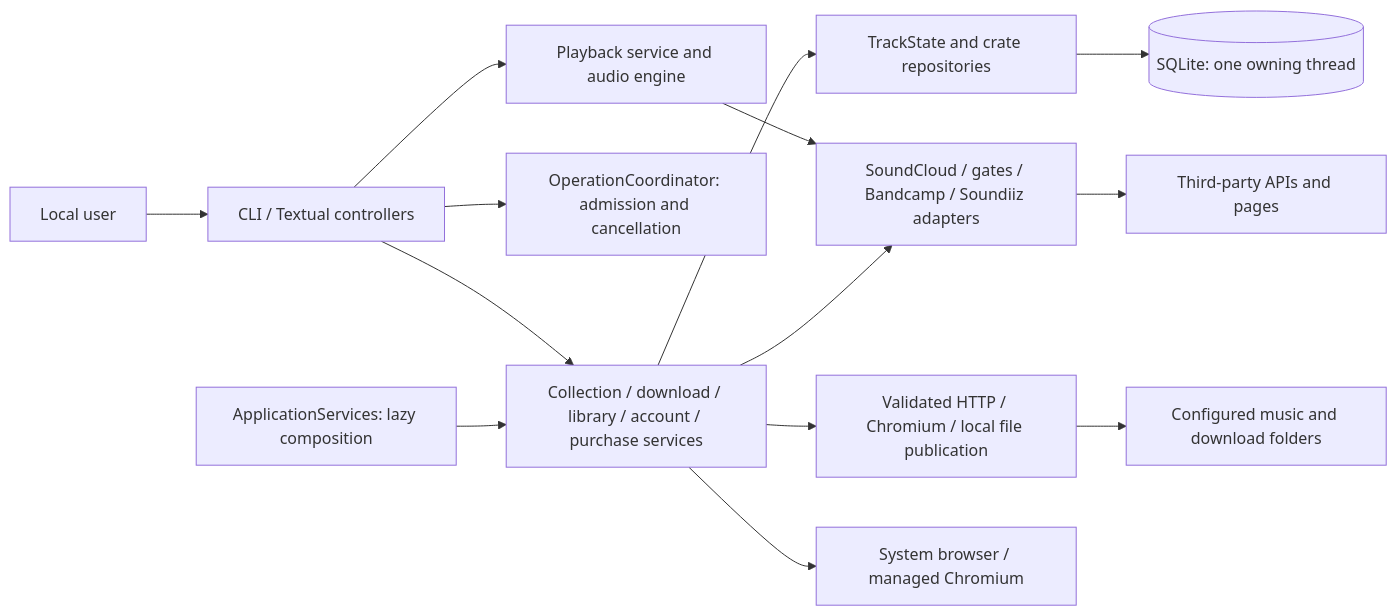
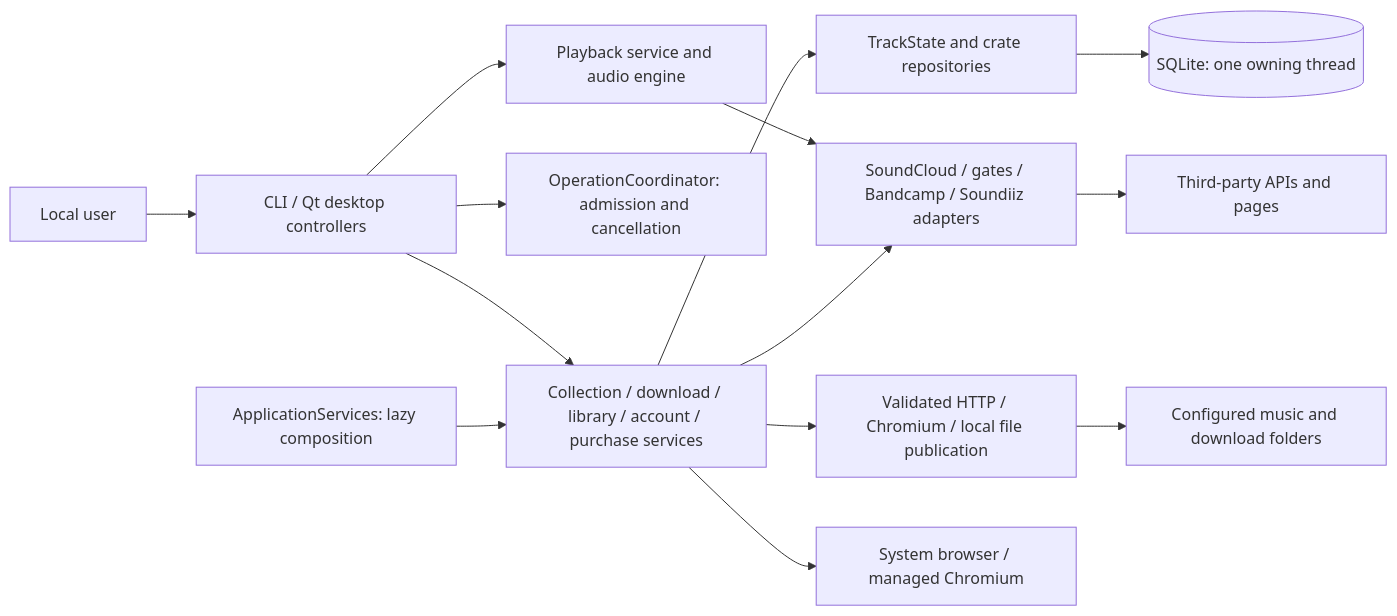
The diagram in PROJECT-SPECIFICATION.md (fbialogrecki/dj-digger), drawn with Mermaid before and after one commit. The commit also changed other lines of this file and 71 other files, not shown here.

````diff
--- a/PROJECT-SPECIFICATION.md
+++ b/PROJECT-SPECIFICATION.md
@@ -947,16 +850,16 @@
 ```mermaid
 flowchart LR
-    U[Local user] --> CLI[CLI / Textual controllers]
+    U[Local user] --> CLI[CLI / Qt desktop controllers]
     ROOT[ApplicationServices: lazy composition] --> SERVICES[Collection / download / library / account / purchase services]
     CLI --> SERVICES
     CLI --> OPS[OperationCoordinator: admission and cancellation]
     SERVICES --> ADAPTERS[SoundCloud / gates / Bandcamp / Soundiiz adapters]
     ADAPTERS --> EXTERNAL[Third-party APIs and pages]
     SERVICES --> STATE[TrackState and crate repositories]
     STATE --> DB[(SQLite: one owning thread)]
     SERVICES --> FILES[Validated HTTP / Chromium / local file publication]
     FILES --> MUSIC[Configured music and download folders]
     SERVICES --> BROWSER[System browser / managed Chromium]
     CLI --> AUDIO[Playback service and audio engine]
     AUDIO --> ADAPTERS
 ```
````
